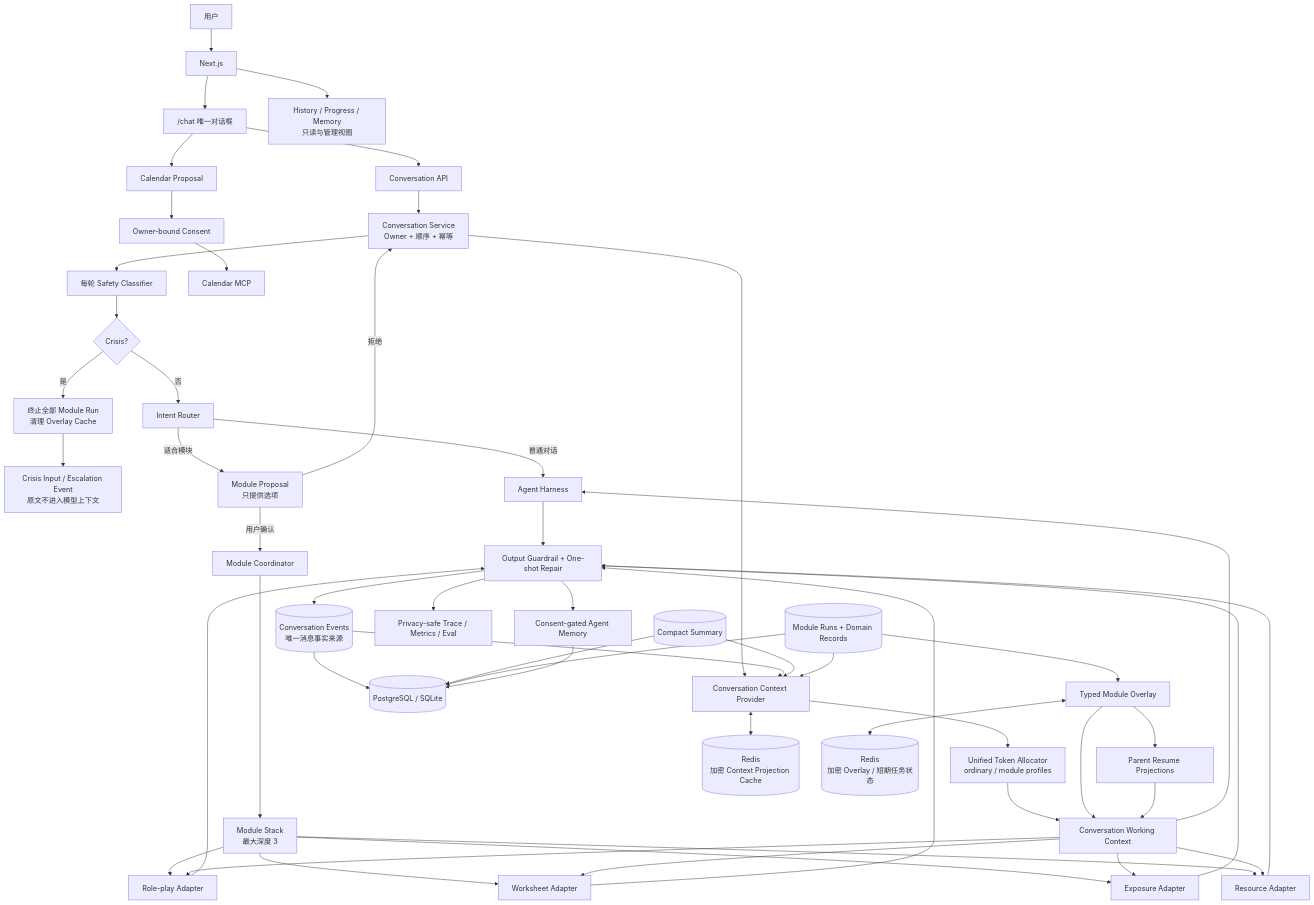
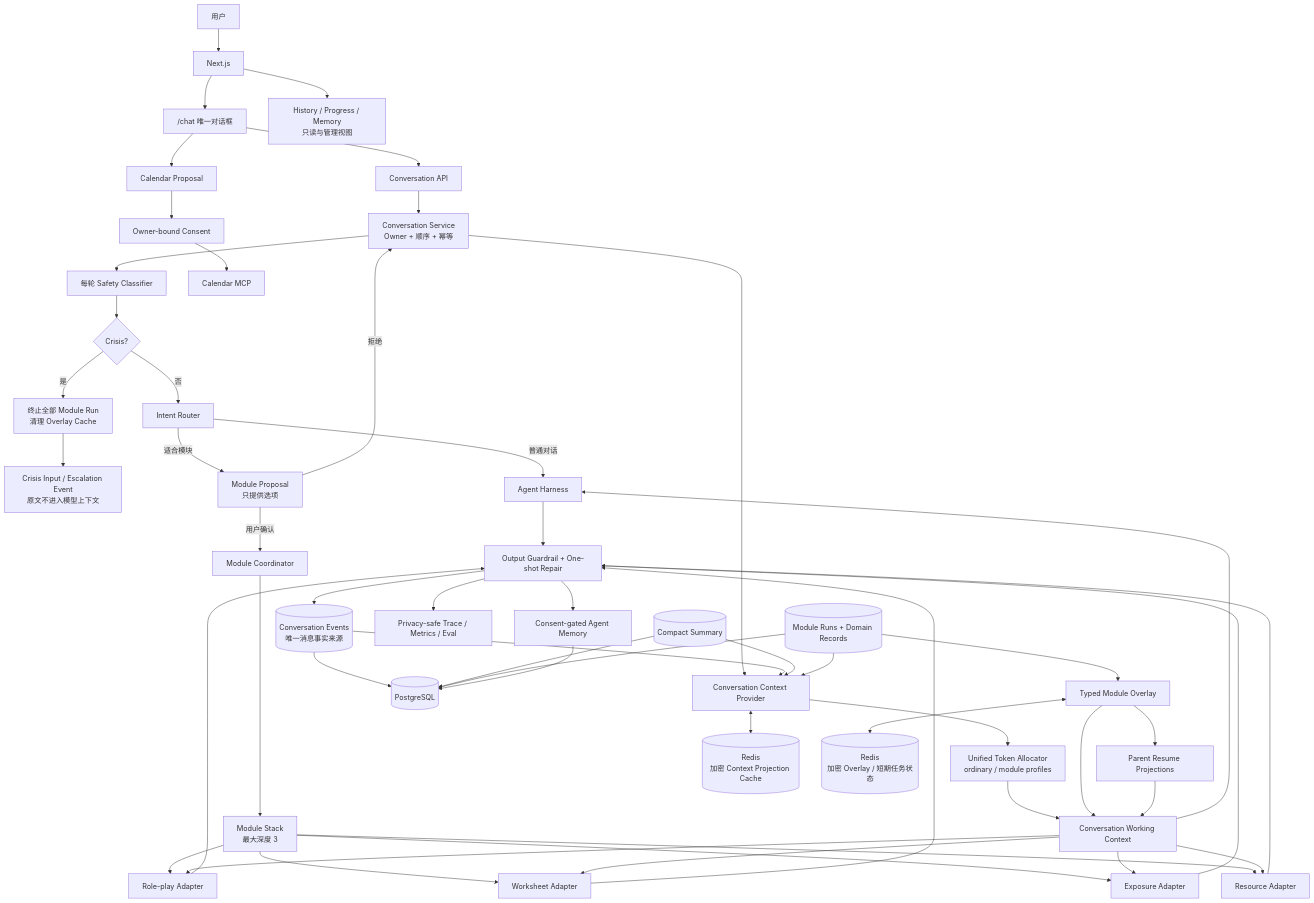
The diagram in docs/architecture_diagram.md (mortis-wakaba/socialease-agent), drawn with Mermaid before and after one commit. The commit also changed 15 other files, not shown here.

Commit message:
chore(ops): align runtime with PostgreSQL-only storage

````diff
--- a/docs/architecture_diagram.md
+++ b/docs/architecture_diagram.md
@@ -5,62 +5,62 @@
 ```mermaid
 flowchart TD
     U[用户] --> FE[Next.js]
     FE --> Chat["/chat 唯一对话框"]
     FE --> ReadViews[History / Progress / Memory<br/>只读与管理视图]
     Chat --> API[Conversation API]
 
     API --> CS[Conversation Service<br/>Owner + 顺序 + 幂等]
     CS --> Safety[每轮 Safety Classifier]
     Safety --> Crisis{Crisis?}
     Crisis -->|是| Preempt[终止全部 Module Run<br/>清理 Overlay Cache]
     Preempt --> CrisisEvent[Crisis Input / Escalation Event<br/>原文不进入模型上下文]
     Crisis -->|否| Router[Intent Router]
 
     Router -->|普通对话| Harness[Agent Harness]
     Router -->|适合模块| Proposal[Module Proposal<br/>只提供选项]
     Proposal -->|用户确认| Coordinator[Module Coordinator]
     Proposal -->|拒绝| CS
 
     Coordinator --> Stack[Module Stack<br/>最大深度 3]
     Stack --> Roleplay[Role-play Adapter]
     Stack --> Worksheet[Worksheet Adapter]
     Stack --> Exposure[Exposure Adapter]
     Stack --> Resource[Resource Adapter]
 
     CS --> Provider[Conversation Context Provider]
     Provider --> Allocator[Unified Token Allocator<br/>ordinary / module profiles]
     Allocator --> Working[Conversation Working Context]
     Working --> Harness
     Working --> Roleplay
     Working --> Worksheet
     Working --> Exposure
     Working --> Resource
 
     Timeline[(Conversation Events<br/>唯一消息事实来源)] --> Provider
     Summary[(Compact Summary)] --> Provider
     Runs[(Module Runs + Domain Records)] --> Provider
     Runs --> Overlay[Typed Module Overlay]
     Overlay --> Working
     Overlay --> Parent[Parent Resume Projections]
     Parent --> Working
 
-    Timeline --> DB[(PostgreSQL / SQLite)]
+    Timeline --> DB[(PostgreSQL)]
     Summary --> DB
     Runs --> DB
     Provider <--> Redis[(Redis<br/>加密 Context Projection Cache)]
     Overlay <--> RedisOverlay[(Redis<br/>加密 Overlay / 短期任务状态)]
 
     Harness --> Guardrail[Output Guardrail + One-shot Repair]
     Roleplay --> Guardrail
     Worksheet --> Guardrail
     Exposure --> Guardrail
     Resource --> Guardrail
     Guardrail --> Timeline
     Guardrail --> Trace[Privacy-safe Trace / Metrics / Eval]
     Guardrail --> Memory[Consent-gated Agent Memory]
     Memory --> DB
 
     Chat --> Calendar[Calendar Proposal]
     Calendar --> Consent[Owner-bound Consent]
     Consent --> MCP[Calendar MCP]
 ```
````
